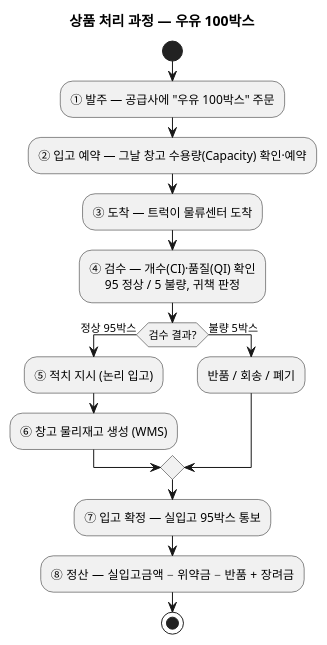
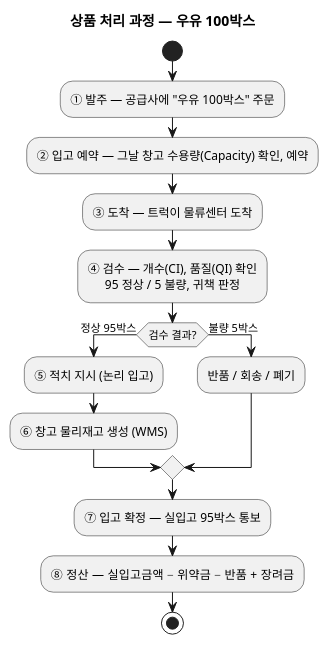
One commit to johnycho/johny-dev changed the sixth of 10 diagrams in blog/2026-09-12-scm-system-explained.mdx. Above: the diagram before and after it, drawn with PlantUML. The commit also changed other lines of this file and 188 other files, not shown here.

````diff
--- a/blog/2026-09-12-scm-system-explained.mdx
+++ b/blog/2026-09-12-scm-system-explained.mdx
@@ -273,21 +273,21 @@
 ```plantuml
 @startuml
 skinparam defaultTextAlignment center
 title 상품 처리 과정 — 우유 100박스
 
 start
 :① 발주 — 공급사에 "우유 100박스" 주문;
-:② 입고 예약 — 그날 창고 수용량(Capacity) 확인·예약;
+:② 입고 예약 — 그날 창고 수용량(Capacity) 확인, 예약;
 :③ 도착 — 트럭이 물류센터 도착;
-:④ 검수 — 개수(CI)·품질(QI) 확인\n95 정상 / 5 불량, 귀책 판정;
+:④ 검수 — 개수(CI), 품질(QI) 확인\n95 정상 / 5 불량, 귀책 판정;
 if (검수 결과?) then (정상 95박스)
   :⑤ 적치 지시 (논리 입고);
   :⑥ 창고 물리재고 생성 (WMS);
 else (불량 5박스)
   :반품 / 회송 / 폐기;
 endif
 :⑦ 입고 확정 — 실입고 95박스 통보;
 :⑧ 정산 — 실입고금액 − 위약금 − 반품 + 장려금;
 stop
 @enduml
 ```
````
